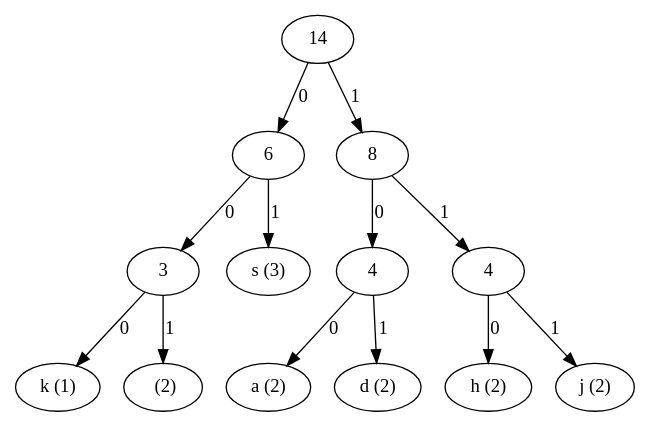
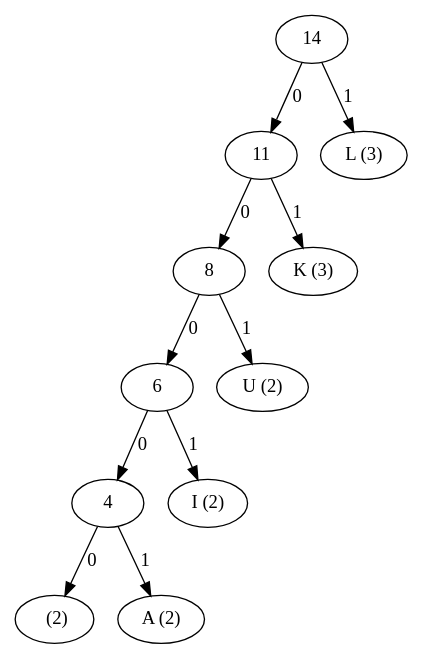
One commit to ufarqrobbany/huffman_code_tubes_sda changed the diagram in huffman_tree.dot. Above: the diagram before and after it, drawn with Graphviz. The commit also changed 3 other files, not shown here.

```diff
--- a/huffman_tree.dot
+++ b/huffman_tree.dot
@@ -1,27 +1,23 @@
 digraph G {
-    "00E11840" [label="14"];
-    "00E11840" -> "00E11800" [label="0"];
-    "00E11800" [label="6"];
-    "00E11800" -> "00E117A0" [label="0"];
-    "00E117A0" [label="3"];
-    "00E117A0" -> "00E11780" [label="0"];
-    "00E11780" [label="k (1)"];
-    "00E117A0" -> "00E11760" [label="1"];
-    "00E11760" [label="  (2)"];
-    "00E11800" -> "00E11B60" [label="1"];
-    "00E11B60" [label="s (3)"];
-    "00E11840" -> "00E11820" [label="1"];
-    "00E11820" [label="8"];
-    "00E11820" -> "00E117C0" [label="0"];
-    "00E117C0" [label="4"];
-    "00E117C0" -> "00E11B40" [label="0"];
-    "00E11B40" [label="a (2)"];
-    "00E117C0" -> "00E11720" [label="1"];
-    "00E11720" [label="d (2)"];
-    "00E11820" -> "00E117E0" [label="1"];
-    "00E117E0" [label="4"];
-    "00E117E0" -> "00E11740" [label="0"];
-    "00E11740" [label="h (2)"];
-    "00E117E0" -> "00E11700" [label="1"];
-    "00E11700" [label="j (2)"];
+    "00D31800" [label="14"];
+    "00D31800" -> "00D317E0" [label="0"];
+    "00D317E0" [label="11"];
+    "00D317E0" -> "00D317C0" [label="0"];
+    "00D317C0" [label="8"];
+    "00D317C0" -> "00D317A0" [label="0"];
+    "00D317A0" [label="6"];
+    "00D317A0" -> "00D31780" [label="0"];
+    "00D31780" [label="4"];
+    "00D31780" -> "00D31740" [label="0"];
+    "00D31740" [label="  (2)"];
+    "00D31780" -> "00D31720" [label="1"];
+    "00D31720" [label="A (2)"];
+    "00D317A0" -> "00D31B60" [label="1"];
+    "00D31B60" [label="I (2)"];
+    "00D317C0" -> "00D31760" [label="1"];
+    "00D31760" [label="U (2)"];
+    "00D317E0" -> "00D31700" [label="1"];
+    "00D31700" [label="K (3)"];
+    "00D31800" -> "00D31B40" [label="1"];
+    "00D31B40" [label="L (3)"];
 }
```
